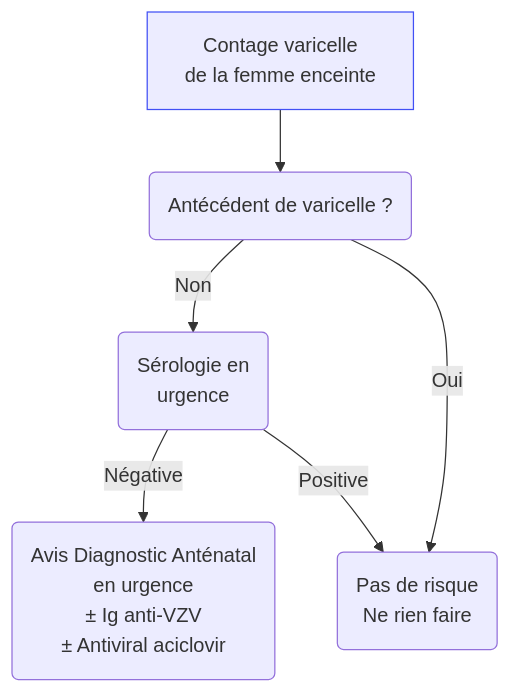
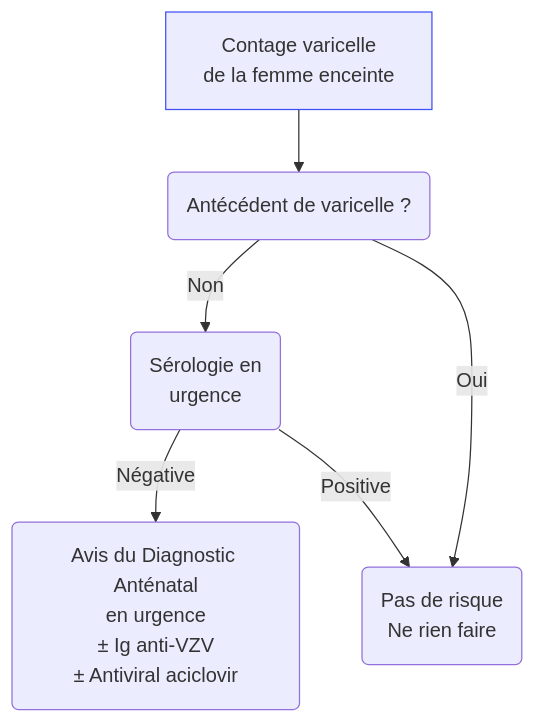
The diagram in content/recommandations/varicelle.md (djibe/recommandations-medicales), drawn with Mermaid before and after one commit. The commit also changed other lines of this file and 19 other files, not shown here.

```diff
--- a/content/recommandations/varicelle.md
+++ b/content/recommandations/varicelle.md
@@ -278,9 +278,9 @@
 {{< mermaid title="Conduite à tenir devant un contage varicelleux de la femme enceinte et prise en charge. Dr JB Fron d'après SPILF, HCSP, SFP et Ministère de la Santé" >}}
 graph TB
 grossesse[Contage varicelle<br>de la femme enceinte] --> antecedent(Antécédent de varicelle ?)
 style grossesse stroke:#4150f5, stroke-width:1px
   antecedent -- Non --> serologie(Sérologie en<br>urgence)
-    serologie -- Négative --> dan("Avis Diagnostic Anténatal<br>en urgence<br>± Ig anti-VZV<br>± Antiviral aciclovir")
+    serologie -- Négative --> dan("Avis du Diagnostic Anténatal<br>en urgence<br>± Ig anti-VZV<br>± Antiviral aciclovir")
     serologie -- Positive --> ras
   antecedent -- Oui --> ras(Pas de risque<br>Ne rien faire)
 {{< /mermaid >}}
```
